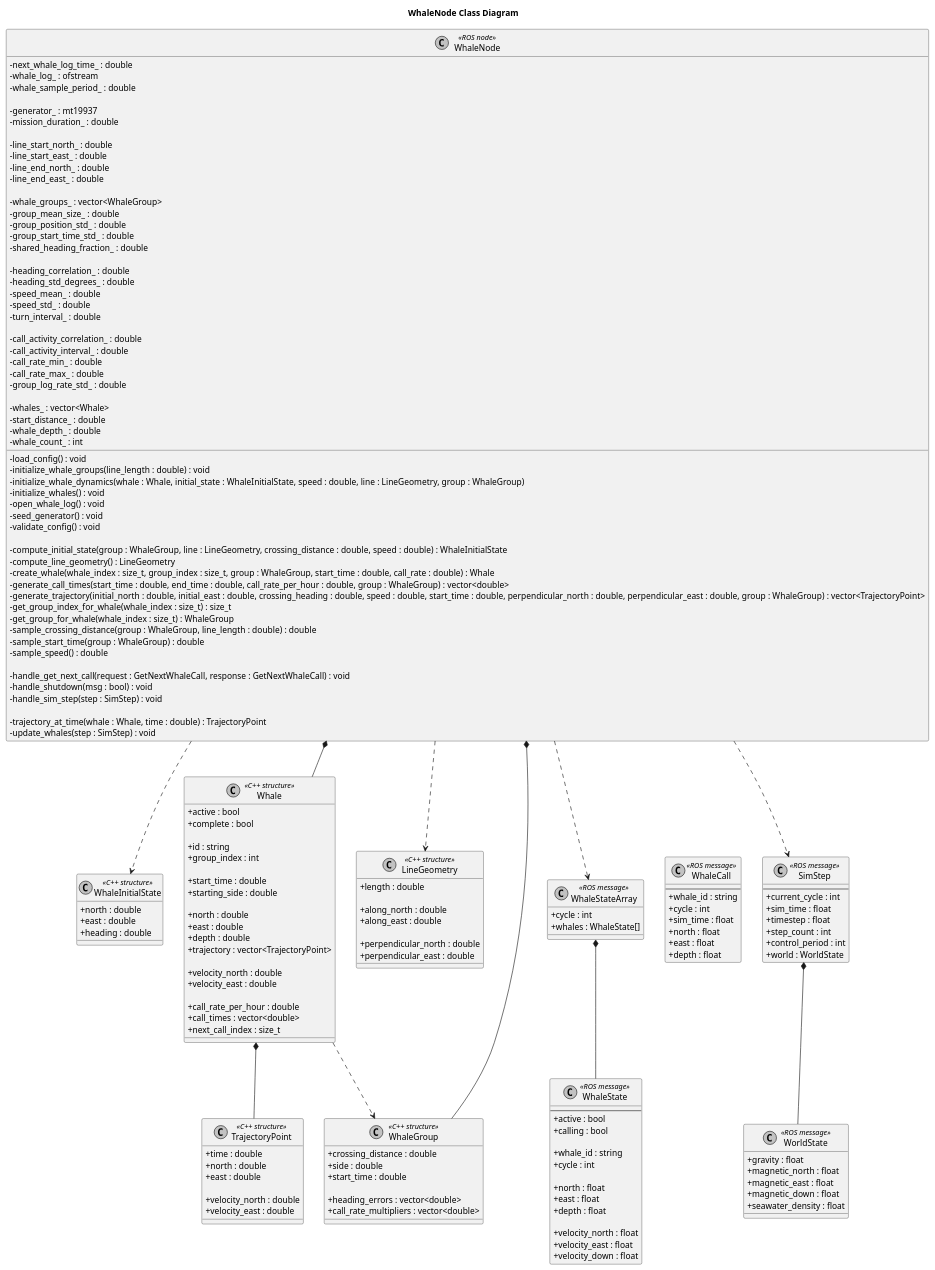
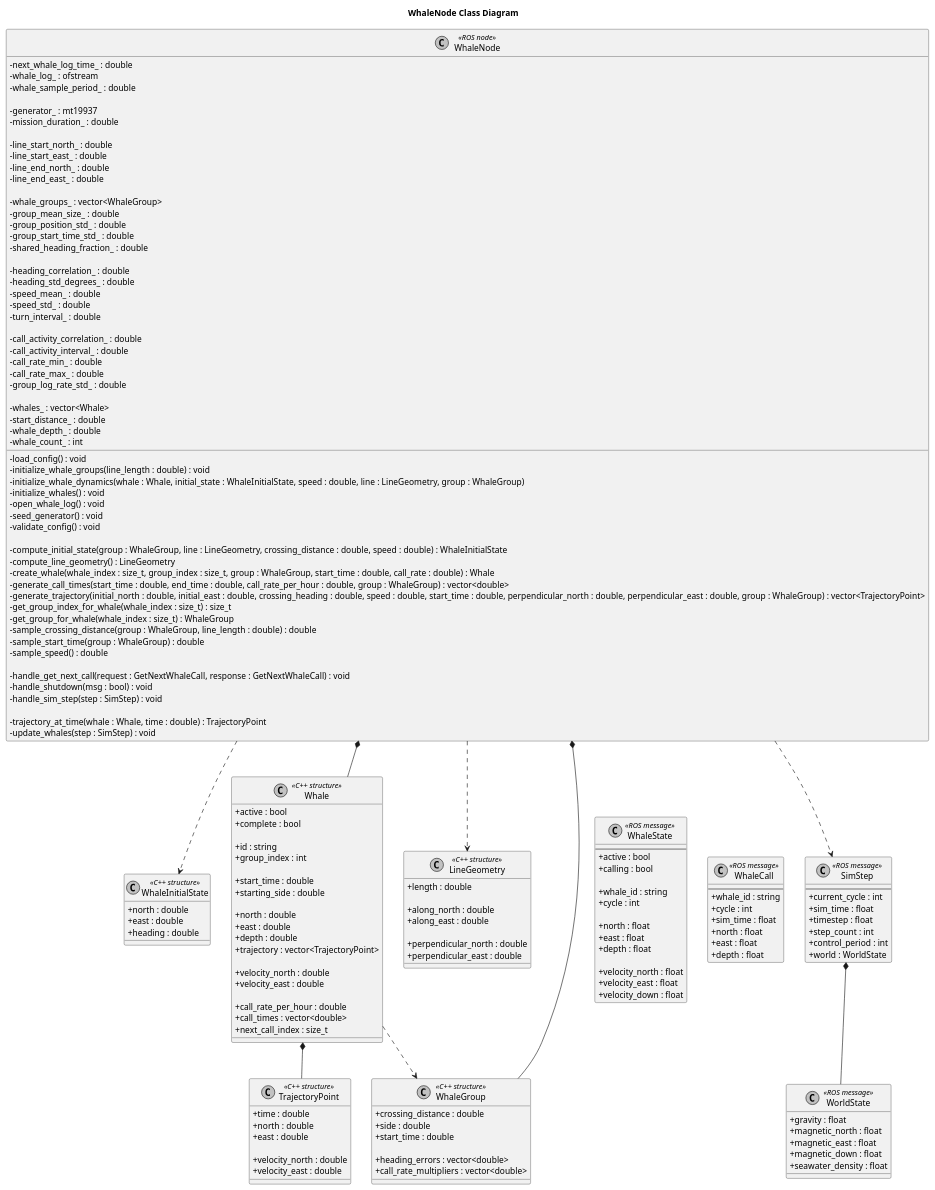
The diagram in docs/classes/whale_class.puml (Tebcherani/MANTA), drawn with PlantUML before and after one commit. The commit also changed 8 other files, not shown here.

```diff
--- a/docs/classes/whale_class.puml
+++ b/docs/classes/whale_class.puml
@@ -1,197 +1,190 @@
 @startuml
 title WhaleNode Class Diagram
 
 skinparam classAttributeIconSize 0
 skinparam monochrome true
 skinparam shadowing false
 
 class WhaleNode <<ROS node>> {
     ' Operations
 
     - load_config() : void
     - initialize_whale_groups(line_length : double) : void
     - initialize_whale_dynamics(whale : Whale, initial_state : WhaleInitialState, speed : double, line : LineGeometry, group : WhaleGroup)
     - initialize_whales() : void
     - open_whale_log() : void
     - seed_generator() : void
     - validate_config() : void
 
     - compute_initial_state(group : WhaleGroup, line : LineGeometry, crossing_distance : double, speed : double) : WhaleInitialState
     - compute_line_geometry() : LineGeometry
     - create_whale(whale_index : size_t, group_index : size_t, group : WhaleGroup, start_time : double, call_rate : double) : Whale
     - generate_call_times(start_time : double, end_time : double, call_rate_per_hour : double, group : WhaleGroup) : vector<double>
     - generate_trajectory(initial_north : double, initial_east : double, crossing_heading : double, speed : double, start_time : double, perpendicular_north : double, perpendicular_east : double, group : WhaleGroup) : vector<TrajectoryPoint>
     - get_group_index_for_whale(whale_index : size_t) : size_t
     - get_group_for_whale(whale_index : size_t) : WhaleGroup
     - sample_crossing_distance(group : WhaleGroup, line_length : double) : double
     - sample_start_time(group : WhaleGroup) : double
     - sample_speed() : double
 
     - handle_get_next_call(request : GetNextWhaleCall, response : GetNextWhaleCall) : void
     - handle_shutdown(msg : bool) : void
     - handle_sim_step(step : SimStep) : void
 
     - trajectory_at_time(whale : Whale, time : double) : TrajectoryPoint
     - update_whales(step : SimStep) : void
 
     ' Attributes
 
     - next_whale_log_time_ : double
     - whale_log_ : ofstream
     - whale_sample_period_ : double
 
     - generator_ : mt19937
     - mission_duration_ : double
 
     - line_start_north_ : double
     - line_start_east_ : double
     - line_end_north_ : double
     - line_end_east_ : double
 
     - whale_groups_ : vector<WhaleGroup>
     - group_mean_size_ : double
     - group_position_std_ : double
     - group_start_time_std_ : double
     - shared_heading_fraction_ : double
 
     - heading_correlation_ : double
     - heading_std_degrees_ : double
     - speed_mean_ : double
     - speed_std_ : double
     - turn_interval_ : double
 
     - call_activity_correlation_ : double
     - call_activity_interval_ : double
     - call_rate_min_ : double
     - call_rate_max_ : double
     - group_log_rate_std_ : double
 
     - whales_ : vector<Whale>
     - start_distance_ : double
     - whale_depth_ : double
     - whale_count_ : int
 }
 
 together {
     class "LineGeometry" <<C++ structure>> {
         + length : double 
 
         + along_north : double 
         + along_east : double 
 
         + perpendicular_north : double 
         + perpendicular_east : double
     }
 
     class TrajectoryPoint <<C++ structure>> {
         + time : double
         + north : double 
         + east : double 
 
         + velocity_north : double 
         + velocity_east : double
     }
 
     class "Whale" <<C++ structure>> {
         + active : bool 
         + complete : bool 
 
         + id : string 
         + group_index : int 
 
         + start_time : double 
         + starting_side : double
 
         + north : double 
         + east : double 
         + depth : double 
         + trajectory : vector<TrajectoryPoint>
         
         + velocity_north : double 
         + velocity_east : double 
 
         + call_rate_per_hour : double 
         + call_times : vector<double> 
         + next_call_index : size_t 
     }
 
     class WhaleInitialState <<C++ structure>> {
         + north : double 
         + east : double 
         + heading : double
     }
 
     class WhaleGroup <<C++ structure>> {
         + crossing_distance : double 
         + side : double 
         + start_time : double 
 
         + heading_errors : vector<double> 
         + call_rate_multipliers : vector<double>
     }
 }
 
 together {
     class SimStep <<ROS message>> {
         --
         + current_cycle : int
         + sim_time : float
         + timestep : float
         + step_count : int
         + control_period : int
         + world : WorldState
     }
 
     class WhaleCall <<ROS message>> {
         --
         + whale_id : string
         + cycle : int
         + sim_time : float
         + north : float 
         + east : float
         + depth : float
     }
 
     class WhaleState <<ROS message>> {
         --
         + active : bool 
         + calling : bool 
 
         + whale_id : string 
         + cycle : int 
         
         + north : float 
         + east : float 
         + depth : float 
 
         + velocity_north : float 
         + velocity_east : float 
         + velocity_down : float 
     }
 
-    class WhaleStateArray <<ROS message>> {
-        + cycle : int 
-        + whales : WhaleState[]
-    }
-
     class WorldState <<ROS message>> {
         + gravity : float
         + magnetic_north : float
         + magnetic_east : float
         + magnetic_down : float
         + seawater_density : float
     }
 }
 
 WhaleNode ..> SimStep
-WhaleNode ..> WhaleStateArray 
-WhaleStateArray *-- WhaleState 
 SimStep *-- WorldState 
 WhaleNode *-- WhaleGroup 
 WhaleNode *-- Whale 
 Whale *-- TrajectoryPoint 
 WhaleNode ..> LineGeometry
 WhaleNode ..> WhaleInitialState 
 Whale ..> WhaleGroup
 
 @enduml
```
